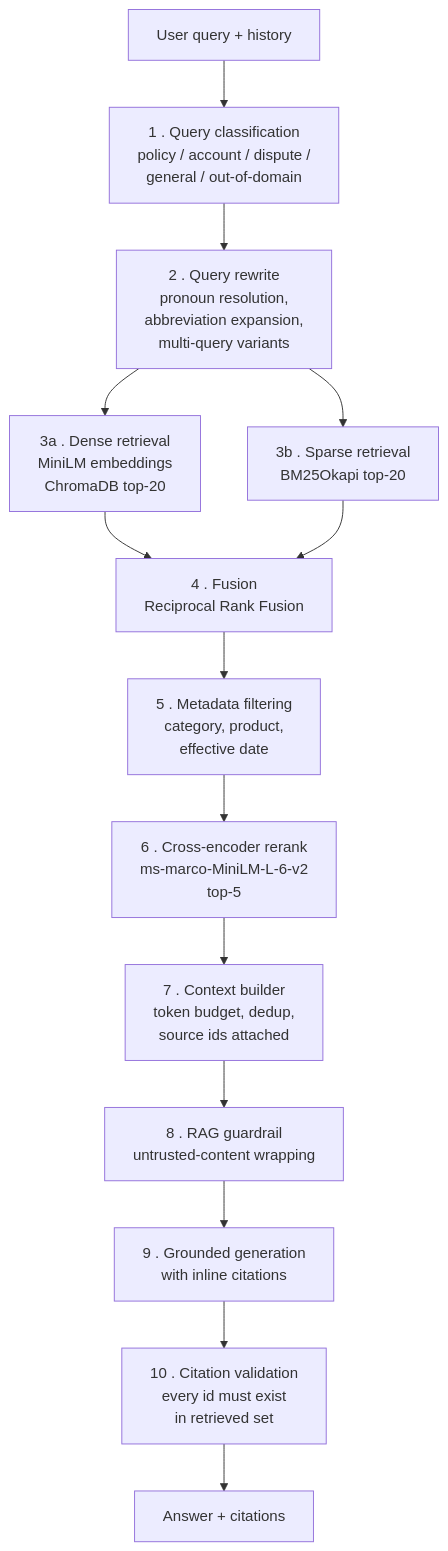
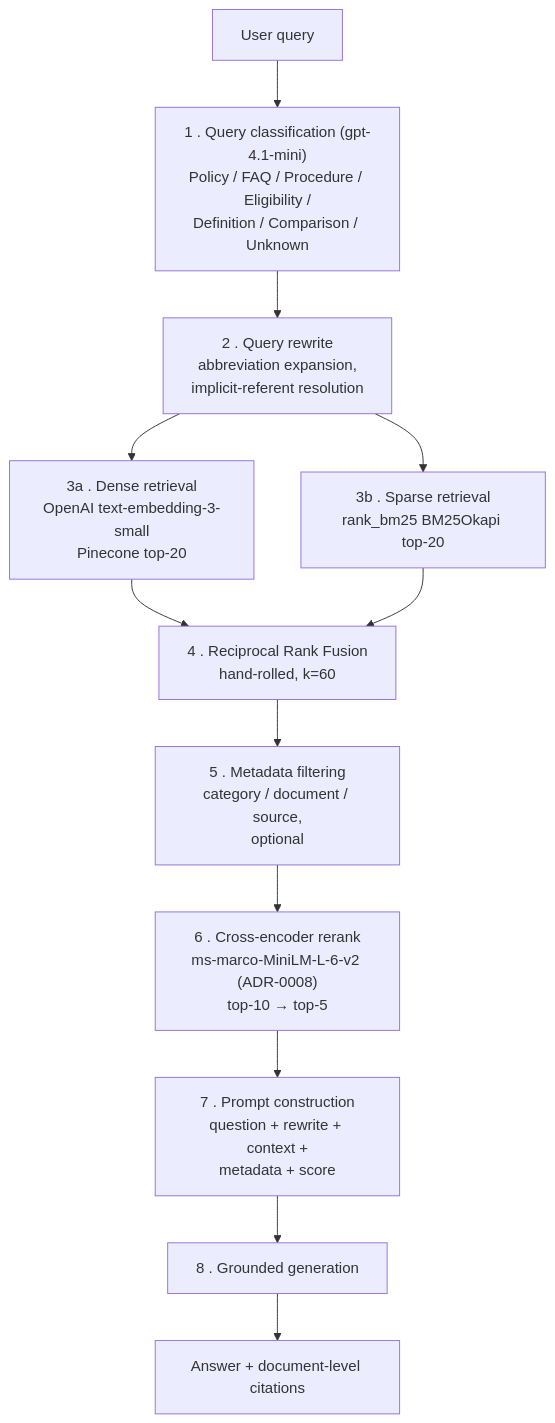
One commit to albertpsi/BankAssist-AI changed the fourth of 9 diagrams in docs/architecture/architecture.md. Above: the diagram before and after it, drawn with Mermaid. The commit also changed other lines of this file and 52 other files, not shown here.

First line of the commit message:
feat(lab-03): enterprise multi-stage RAG pipeline

````diff
--- a/docs/architecture/architecture.md
+++ b/docs/architecture/architecture.md
@@ -230,16 +251,14 @@
 ```mermaid
 graph TB
-    Q[User query + history] --> CL[1 . Query classification<br/>policy / account / dispute /<br/>general / out-of-domain]
-    CL --> RW[2 . Query rewrite<br/>pronoun resolution,<br/>abbreviation expansion,<br/>multi-query variants]
-    RW --> HS[3a . Dense retrieval<br/>MiniLM embeddings<br/>ChromaDB top-20]
-    RW --> KS[3b . Sparse retrieval<br/>BM25Okapi top-20]
-    HS --> FU[4 . Fusion<br/>Reciprocal Rank Fusion]
+    Q[User query] --> CL["1 . Query classification (gpt-4.1-mini)<br/>Policy / FAQ / Procedure / Eligibility /<br/>Definition / Comparison / Unknown"]
+    CL --> RW[2 . Query rewrite<br/>abbreviation expansion,<br/>implicit-referent resolution]
+    RW --> HS[3a . Dense retrieval<br/>OpenAI text-embedding-3-small<br/>Pinecone top-20]
+    RW --> KS[3b . Sparse retrieval<br/>rank_bm25 BM25Okapi top-20]
+    HS --> FU[4 . Reciprocal Rank Fusion<br/>hand-rolled, k=60]
     KS --> FU
-    FU --> MF[5 . Metadata filtering<br/>category, product,<br/>effective date]
-    MF --> RR[6 . Cross-encoder rerank<br/>ms-marco-MiniLM-L-6-v2<br/>top-5]
-    RR --> CB[7 . Context builder<br/>token budget, dedup,<br/>source ids attached]
-    CB --> GR[8 . RAG guardrail<br/>untrusted-content wrapping]
-    GR --> GEN[9 . Grounded generation<br/>with inline citations]
-    GEN --> CC[10 . Citation validation<br/>every id must exist<br/>in retrieved set]
-    CC --> A[Answer + citations]
+    FU --> MF[5 . Metadata filtering<br/>category / document / source,<br/>optional]
+    MF --> RR["6 . Cross-encoder rerank<br/>ms-marco-MiniLM-L-6-v2 (ADR-0008)<br/>top-10 → top-5"]
+    RR --> CB[7 . Prompt construction<br/>question + rewrite + context +<br/>metadata + score]
+    CB --> GEN[8 . Grounded generation]
+    GEN --> A[Answer + document-level citations]
 ```
````
